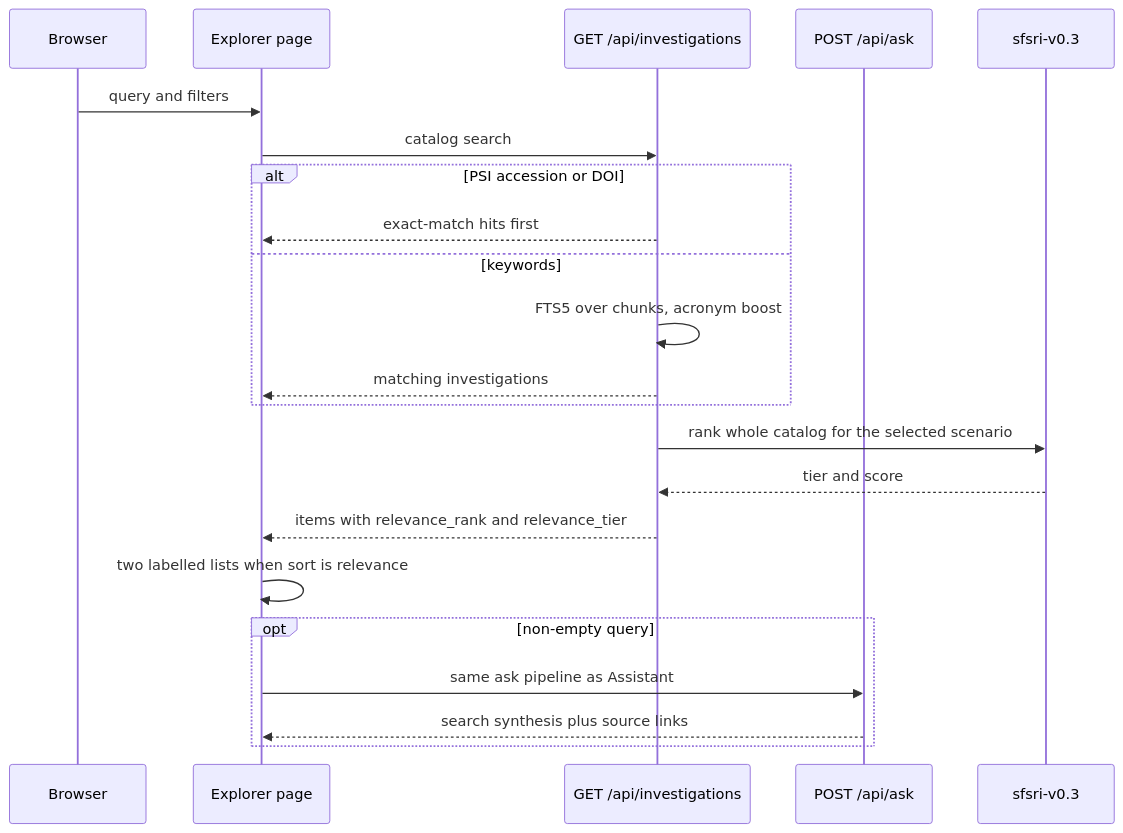
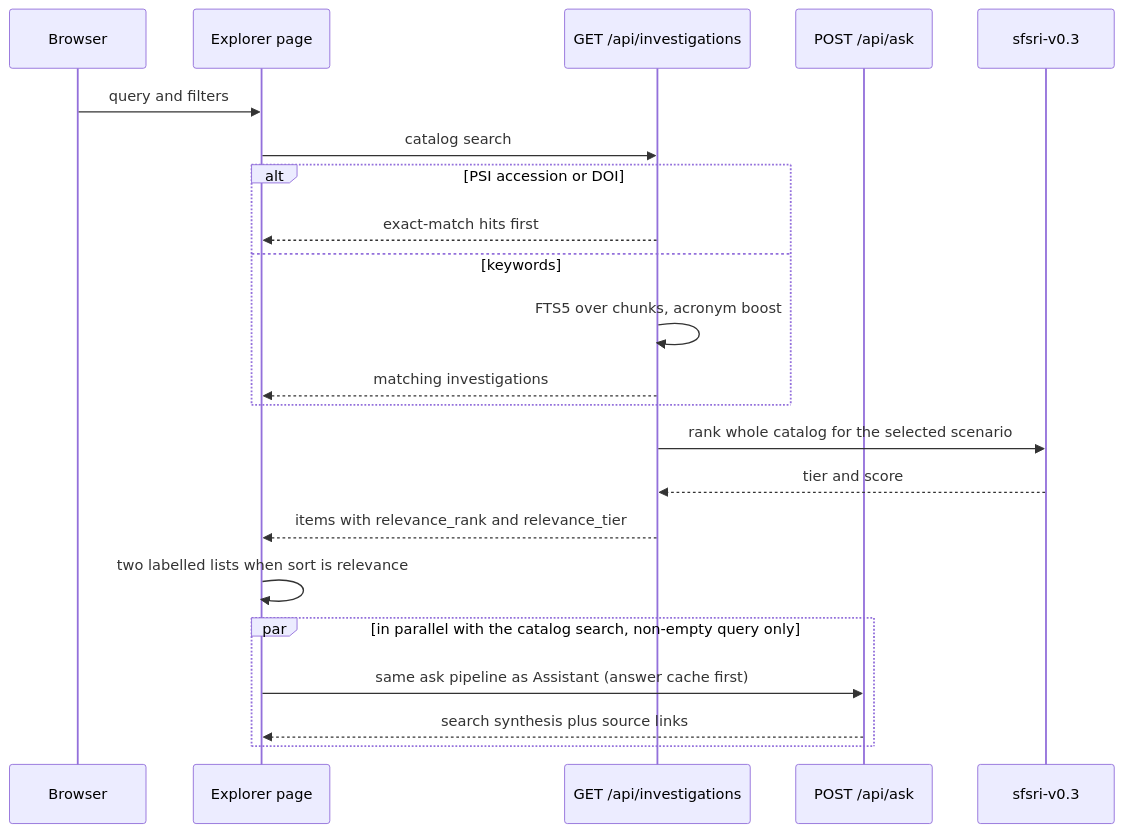
The third of 3 diagrams in DESIGN.md (Rafat001/spaceapps-flame-in-freefall), drawn with Mermaid before and after one commit. The commit also changed other lines of this file and 4 other files, not shown here.

First line of the commit message:
docs: bring DESIGN, README, ARCHITECTURE, AI_OVERVIEW and data/README up to date

````diff
--- a/DESIGN.md
+++ b/DESIGN.md
@@ -191,25 +193,25 @@
 ```mermaid
 sequenceDiagram
   participant B as Browser
   participant W as Explorer page
   participant C as GET /api/investigations
   participant S as POST /api/ask
   participant Rank as sfsri-v0.3
 
   B->>W: query and filters
   W->>C: catalog search
   alt PSI accession or DOI
     C-->>W: exact-match hits first
   else keywords
     C->>C: FTS5 over chunks, acronym boost
     C-->>W: matching investigations
   end
   C->>Rank: rank whole catalog for the selected scenario
   Rank-->>C: tier and score
   C-->>W: items with relevance_rank and relevance_tier
   W->>W: two labelled lists when sort is relevance
-  opt non-empty query
-    W->>S: same ask pipeline as Assistant
+  par in parallel with the catalog search, non-empty query only
+    W->>S: same ask pipeline as Assistant (answer cache first)
     S-->>W: search synthesis plus source links
   end
 ```
````
